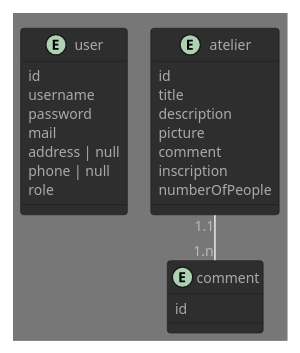
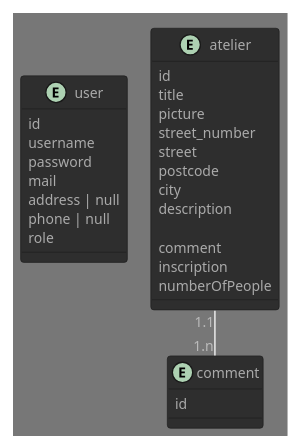
One commit to arnaudpilato/original_diy changed the diagram in database.puml. Above: the diagram before and after it, drawn with PlantUML. The commit also changed 10 other files, not shown here.

```diff
--- a/database.puml
+++ b/database.puml
@@ -1,31 +1,36 @@
 @startuml
 !pragma layout smetana
 !theme reddress-darkorange
 
 entity user {
     id
     username
     password
     mail
     address | null
     phone | null
     role
 }
 
 entity atelier {
     id
     title
+    picture
+    street_number
+    street
+    postcode
+    city
     description
-    picture
+
     comment
     inscription
     numberOfPeople
 }
 
 entity comment {
     id
 }
 
 atelier "1.1" -- "1.n" comment
 
 @enduml
```
